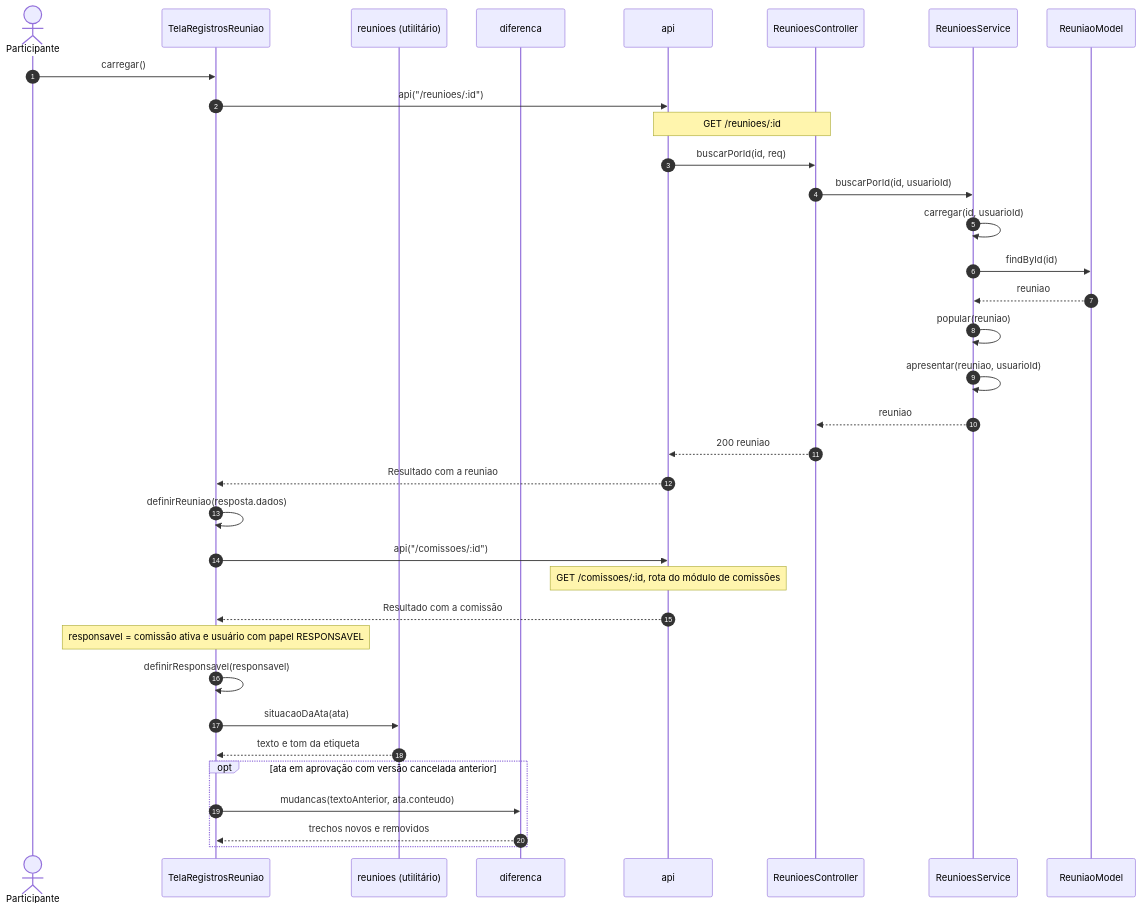
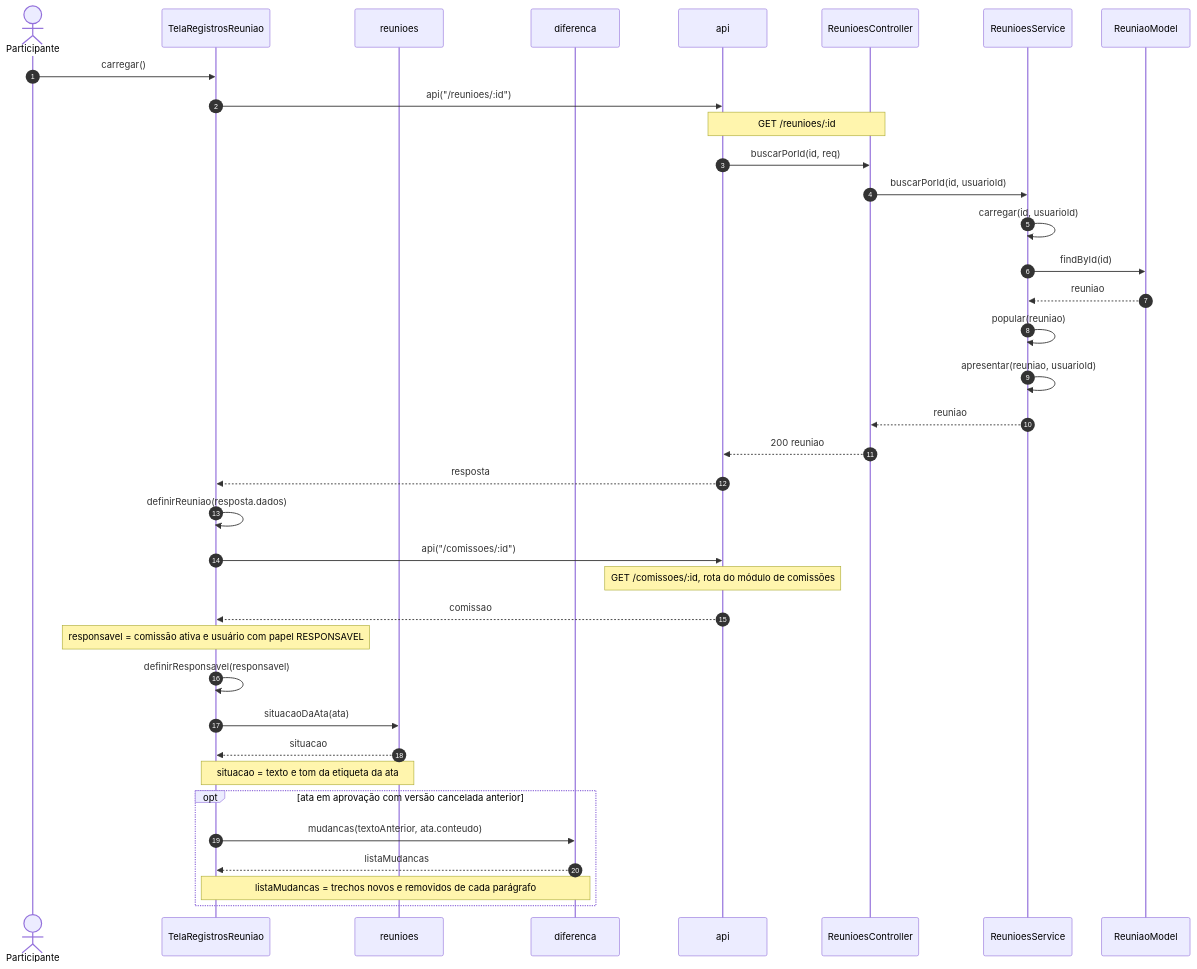
The seventh of 9 diagrams in 4 - Incremento 3/atas/6 - diagramas-sequencia-atas.md (Conecta-IFSP/DOCUMENTATION), drawn with Mermaid before and after one commit. The commit also changed other lines of this file and 97 other files, not shown here.

````diff
--- a/4 - Incremento 3/atas/6 - diagramas-sequencia-atas.md
+++ b/4 - Incremento 3/atas/6 - diagramas-sequencia-atas.md
@@ -263,37 +268,39 @@
 ```mermaid
 sequenceDiagram
     autonumber
     actor U as Participante
     participant T as TelaRegistrosReuniao
-    participant R as reunioes (utilitário)
+    participant R as reunioes
     participant D as diferenca
     participant A as api
     participant C as ReunioesController
     participant S as ReunioesService
     participant M as ReuniaoModel
     U->>T: carregar()
     T->>A: api("/reunioes/:id")
     Note over A,C: GET /reunioes/:id
     A->>C: buscarPorId(id, req)
     C->>S: buscarPorId(id, usuarioId)
     S->>S: carregar(id, usuarioId)
     S->>M: findById(id)
     M-->>S: reuniao
     S->>S: popular(reuniao)
     S->>S: apresentar(reuniao, usuarioId)
     S-->>C: reuniao
     C-->>A: 200 reuniao
-    A-->>T: Resultado com a reuniao
+    A-->>T: resposta
     T->>T: definirReuniao(resposta.dados)
     T->>A: api("/comissoes/:id")
     Note over A: GET /comissoes/:id, rota do módulo de comissões
-    A-->>T: Resultado com a comissão
+    A-->>T: comissao
     Note over T: responsavel = comissão ativa e usuário com papel RESPONSAVEL
     T->>T: definirResponsavel(responsavel)
     T->>R: situacaoDaAta(ata)
-    R-->>T: texto e tom da etiqueta
+    R-->>T: situacao
+    Note over T,R: situacao = texto e tom da etiqueta da ata
     opt ata em aprovação com versão cancelada anterior
         T->>D: mudancas(textoAnterior, ata.conteudo)
-        D-->>T: trechos novos e removidos
+        D-->>T: listaMudancas
+        Note over T,D: listaMudancas = trechos novos e removidos de cada parágrafo
     end
 ```
````
